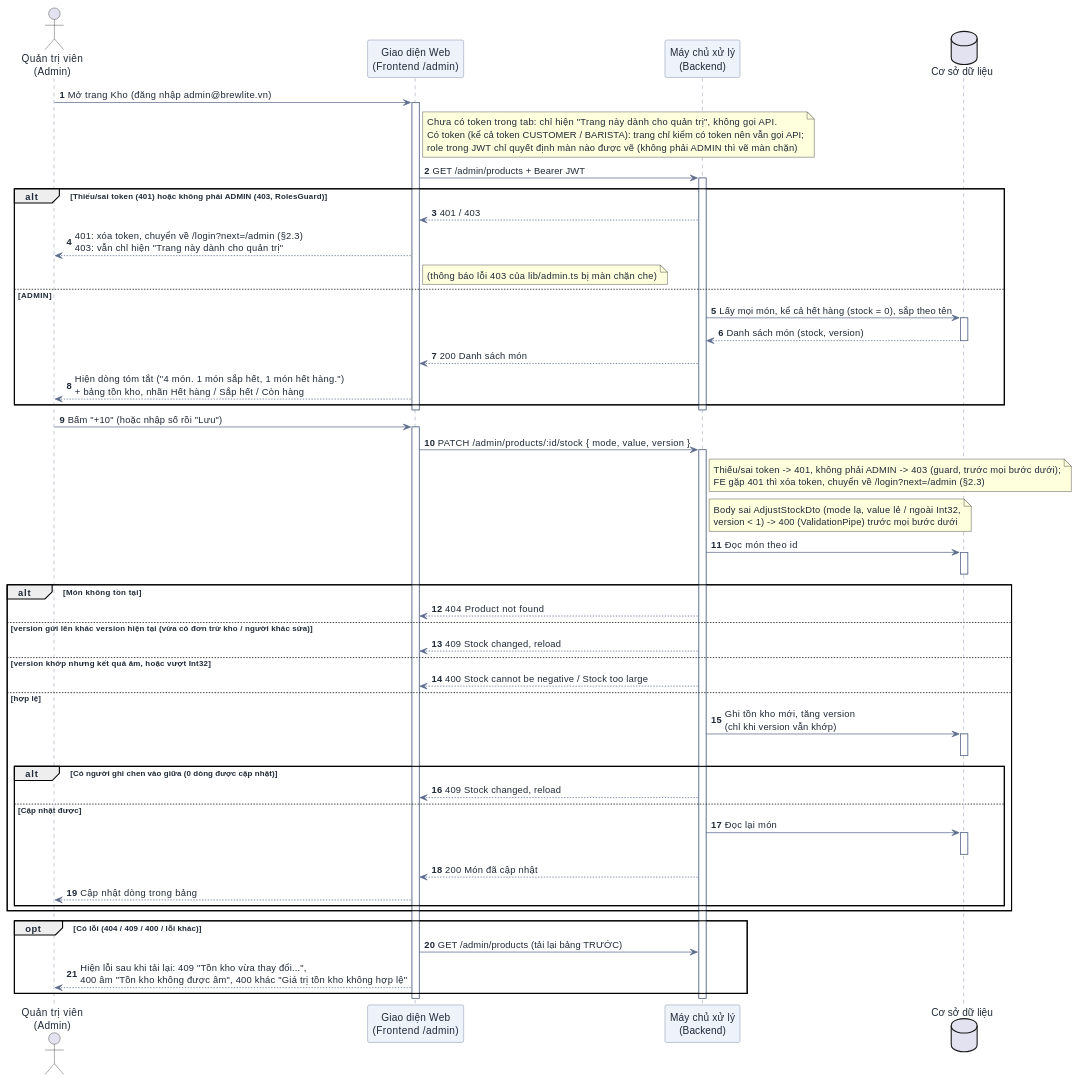
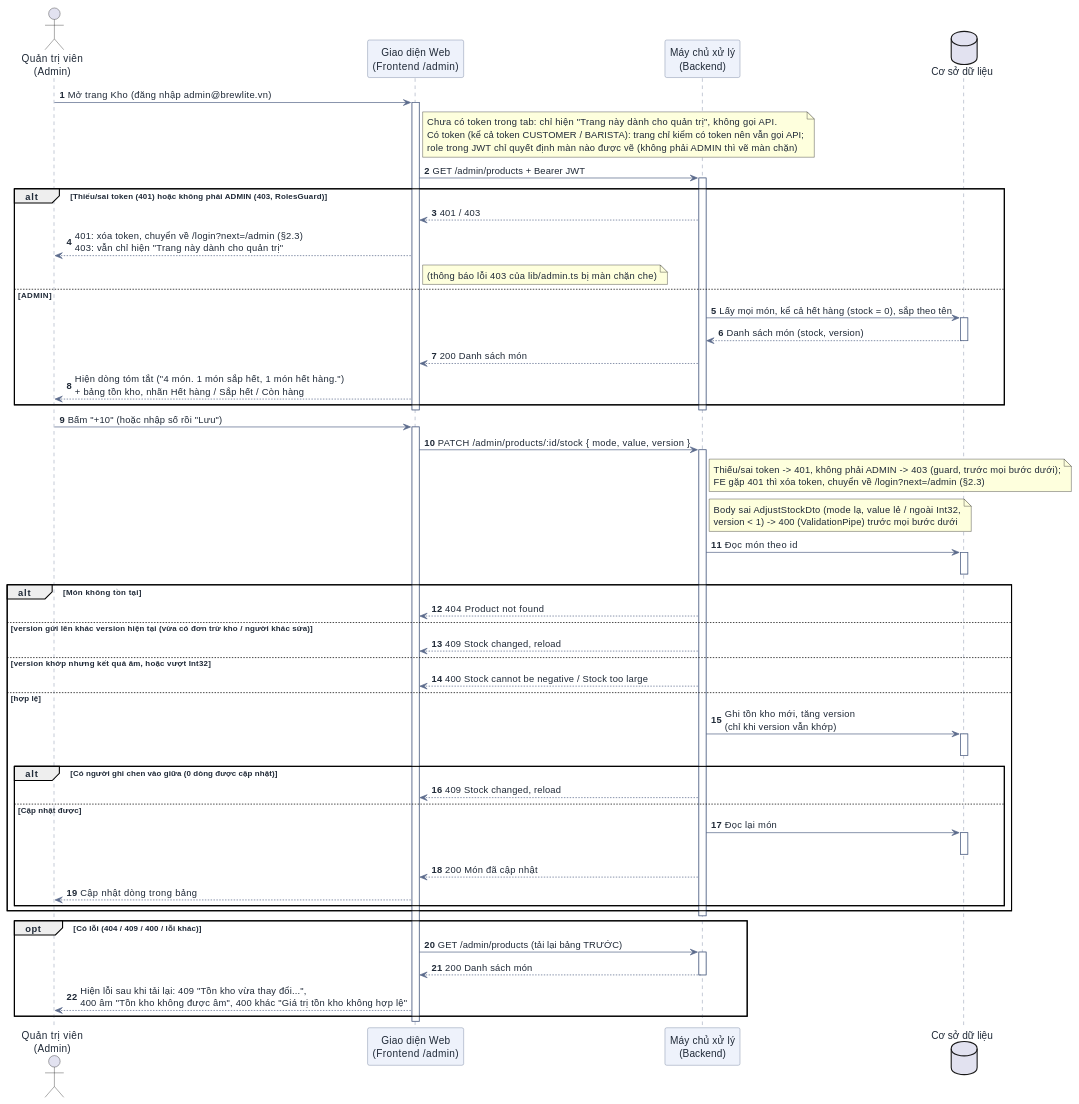
Before and after one commit to DuVinhLoi/BrewLite: the ninth of 10 diagrams in docs/user-sequence-specifications.md, drawn with PlantUML. The commit also changed other lines of this file, not shown here.

Commit message:
docs: align sequence diagrams with code after review

````diff
--- a/docs/user-sequence-specifications.md
+++ b/docs/user-sequence-specifications.md
@@ -1033,71 +1056,74 @@
 ```plantuml
 @startuml
 skinparam DefaultFontColor #1f2937
 skinparam ArrowColor #5b6b8c
 skinparam SequenceParticipantBackgroundColor #eef2fb
 skinparam SequenceParticipantBorderColor #5b6b8c
 skinparam SequenceLifeLineBorderColor #5b6b8c
 
 autonumber
 actor "Quản trị viên\n(Admin)" as User
 participant "Giao diện Web\n(Frontend /admin)" as FE
 participant "Máy chủ xử lý\n(Backend)" as BE
 database "Cơ sở dữ liệu" as DB
 
 User -> FE : Mở trang Kho (đăng nhập admin@brewlite.vn)
 activate FE
 note right of FE : Chưa có token trong tab: chỉ hiện "Trang này dành cho quản trị", không gọi API.\nCó token (kể cả token CUSTOMER / BARISTA): trang chỉ kiểm có token nên vẫn gọi API;\nrole trong JWT chỉ quyết định màn nào được vẽ (không phải ADMIN thì vẽ màn chặn)
 FE -> BE : GET /admin/products + Bearer JWT
 activate BE
 alt Thiếu/sai token (401) hoặc không phải ADMIN (403, RolesGuard)
   BE --> FE : 401 / 403
   FE --> User : 401: xóa token, chuyển về /login?next=/admin (§2.3)\n403: vẫn chỉ hiện "Trang này dành cho quản trị"
   note right of FE : (thông báo lỗi 403 của lib/admin.ts bị màn chặn che)
 else ADMIN
   BE -> DB : Lấy mọi món, kể cả hết hàng (stock = 0), sắp theo tên
   activate DB
   DB --> BE : Danh sách món (stock, version)
   deactivate DB
   BE --> FE : 200 Danh sách món
   FE --> User : Hiện dòng tóm tắt ("4 món. 1 món sắp hết, 1 món hết hàng.")\n+ bảng tồn kho, nhãn Hết hàng / Sắp hết / Còn hàng
 end
 deactivate BE
 deactivate FE
 
 User -> FE : Bấm "+10" (hoặc nhập số rồi "Lưu")
 activate FE
 FE -> BE : PATCH /admin/products/:id/stock { mode, value, version }
 activate BE
 note right of BE : Thiếu/sai token -> 401, không phải ADMIN -> 403 (guard, trước mọi bước dưới);\nFE gặp 401 thì xóa token, chuyển về /login?next=/admin (§2.3)
 note right of BE : Body sai AdjustStockDto (mode lạ, value lẻ / ngoài Int32,\nversion < 1) -> 400 (ValidationPipe) trước mọi bước dưới
 BE -> DB : Đọc món theo id
 activate DB
 deactivate DB
 alt Món không tồn tại
   BE --> FE : 404 Product not found
 else version gửi lên khác version hiện tại (vừa có đơn trừ kho / người khác sửa)
   BE --> FE : 409 Stock changed, reload
 else version khớp nhưng kết quả âm, hoặc vượt Int32
   BE --> FE : 400 Stock cannot be negative / Stock too large
 else hợp lệ
   BE -> DB : Ghi tồn kho mới, tăng version\n(chỉ khi version vẫn khớp)
   activate DB
   deactivate DB
   alt Có người ghi chen vào giữa (0 dòng được cập nhật)
     BE --> FE : 409 Stock changed, reload
   else Cập nhật được
     BE -> DB : Đọc lại món
     activate DB
     deactivate DB
     BE --> FE : 200 Món đã cập nhật
     FE --> User : Cập nhật dòng trong bảng
   end
 end
+deactivate BE
 opt Có lỗi (404 / 409 / 400 / lỗi khác)
   FE -> BE : GET /admin/products (tải lại bảng TRƯỚC)
+  activate BE
+  BE --> FE : 200 Danh sách món
+  deactivate BE
   FE --> User : Hiện lỗi sau khi tải lại: 409 "Tồn kho vừa thay đổi...",\n400 âm "Tồn kho không được âm", 400 khác "Giá trị tồn kho không hợp lệ"
 end
-deactivate BE
 deactivate FE
 @enduml
 ```
````
